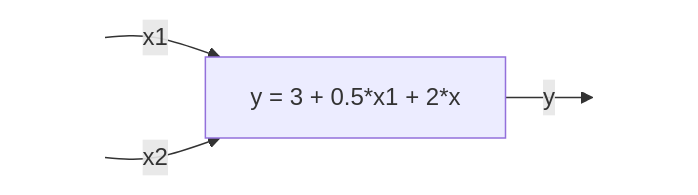
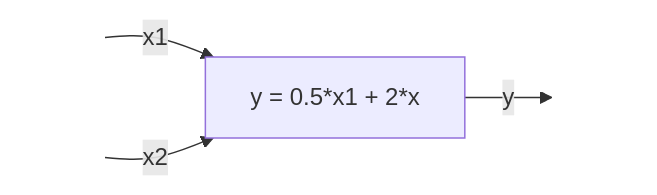
The diagram in skills/Bischof-Notation/Bischof-Notation.qmd (nicebread/FOMO-Psy), drawn with Mermaid before and after one commit. The commit also changed other lines of this file and 71 other files, not shown here.

````diff
--- a/skills/Bischof-Notation/Bischof-Notation.qmd
+++ b/skills/Bischof-Notation/Bischof-Notation.qmd
@@ -57,12 +57,12 @@
 ```{mermaid}
-%%| fig-width: 18
+%%| fig-width: 5
 %%{ init: { 'flowchart': { 'curve': 'natural' } } }%%
 graph LR
-    START[ ] -- x1 --> f[y = 3 + 0.5*x1 + 2*x]
+    START[ ] -- x1 --> f[y = 0.5*x1 + 2*x]
     START2[ ] -- x2 --> f
     f -- y --> STOP[ ]
 
     style START fill-opacity:0, stroke-opacity:0;
     style START2 fill-opacity:0, stroke-opacity:0;
     style STOP  fill-opacity:0, stroke-opacity:0;
 ```
````
